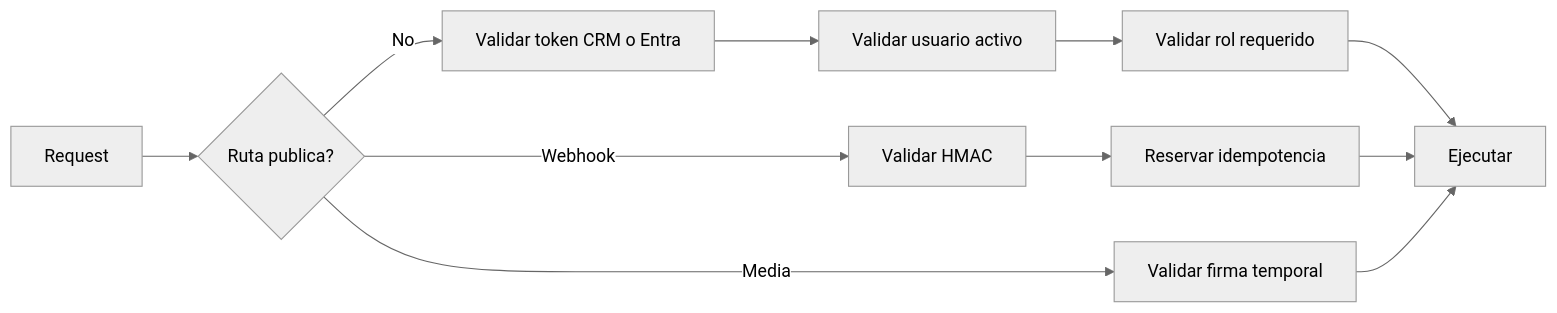
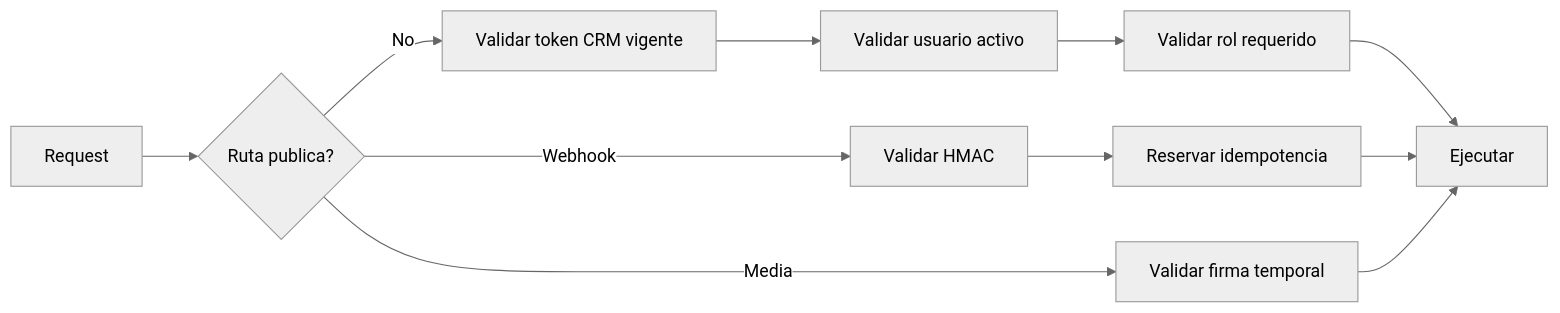
The third of 9 diagrams in README.md (roccacr/CRM_VENTAS), drawn with Mermaid (neutral theme) before and after one commit. The commit also changed other lines of this file and 10 other files, not shown here.

````diff
--- a/README.md
+++ b/README.md
@@ -219,13 +219,13 @@
 ```mermaid
 flowchart LR
   R["Request"] --> P{"Ruta publica?"}
-  P -- "No" --> A["Validar token CRM o Entra"]
+  P -- "No" --> A["Validar token CRM vigente"]
   A --> U["Validar usuario activo"]
   U --> ROLE["Validar rol requerido"]
   ROLE --> OK["Ejecutar"]
   P -- "Webhook" --> H["Validar HMAC"]
   H --> I["Reservar idempotencia"]
   I --> OK
   P -- "Media" --> S["Validar firma temporal"]
   S --> OK
 ```
````
